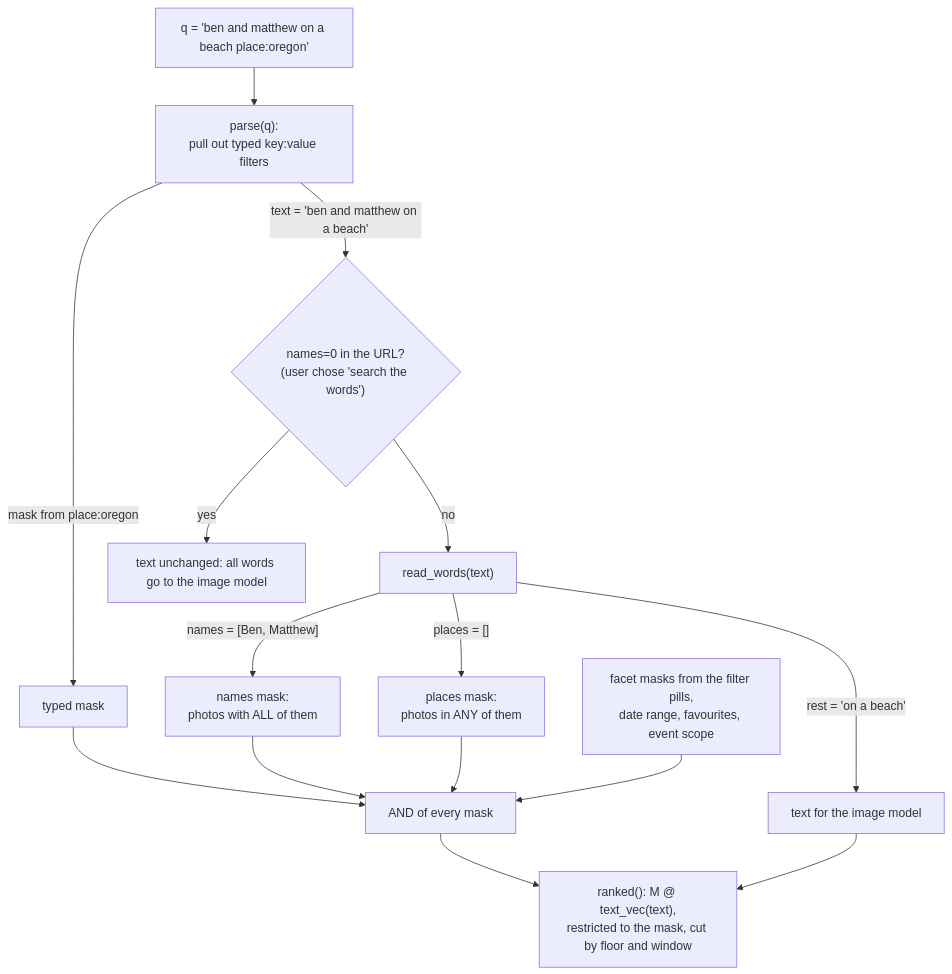
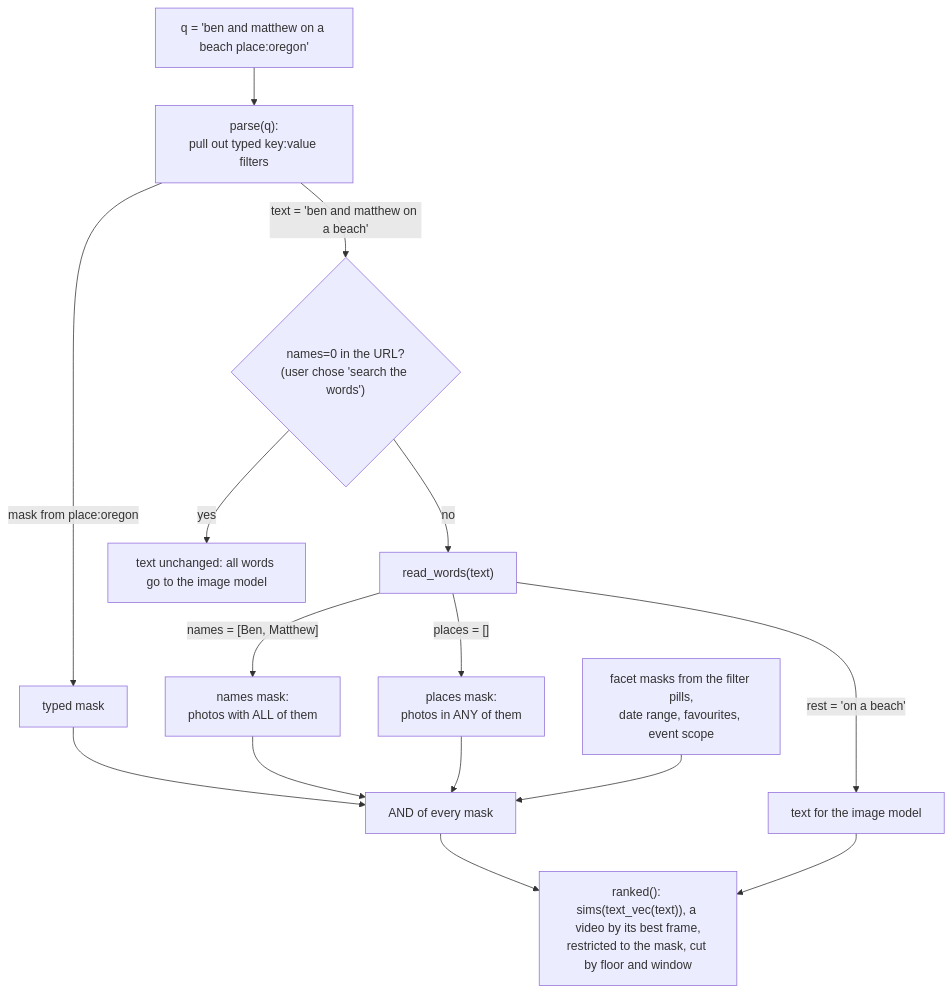
One commit to jflam/photo-estate changed the diagram in docs/book/12-search-language.md. Above: the diagram before and after it, drawn with Mermaid. The commit also changed other lines of this file and 19 other files, not shown here.

````diff
--- a/docs/book/12-search-language.md
+++ b/docs/book/12-search-language.md
@@ -30,14 +30,14 @@
 ```mermaid
 flowchart TD
     Q["q = 'ben and matthew on a beach place:oregon'"] --> P["parse(q):<br/>pull out typed key:value filters"]
     P -->|"mask from place:oregon"| TM["typed mask"]
     P -->|"text = 'ben and matthew on a beach'"| N{"names=0 in the URL?<br/>(user chose 'search the words')"}
     N -->|yes| KEEP["text unchanged: all words go to the image model"]
     N -->|no| RW["read_words(text)"]
     RW -->|"names = [Ben, Matthew]"| NM["names mask:<br/>photos with ALL of them"]
     RW -->|"places = []"| PM["places mask:<br/>photos in ANY of them"]
     RW -->|"rest = 'on a beach'"| TXT["text for the image model"]
     TM & NM & PM & FM["facet masks from the filter pills,<br/>date range, favourites, event scope"] --> AND["AND of every mask"]
-    AND --> RANK["ranked(): M @ text_vec(text),<br/>restricted to the mask, cut by floor and window"]
+    AND --> RANK["ranked(): sims(text_vec(text)), a video by its best frame,<br/>restricted to the mask, cut by floor and window"]
     TXT --> RANK
 ```
````
